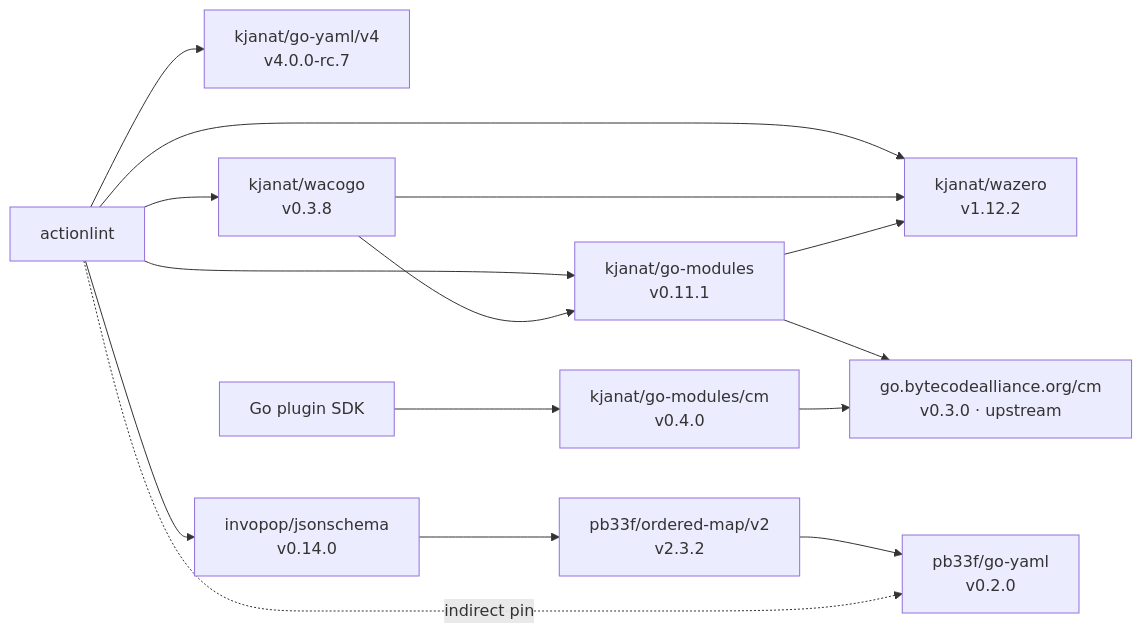
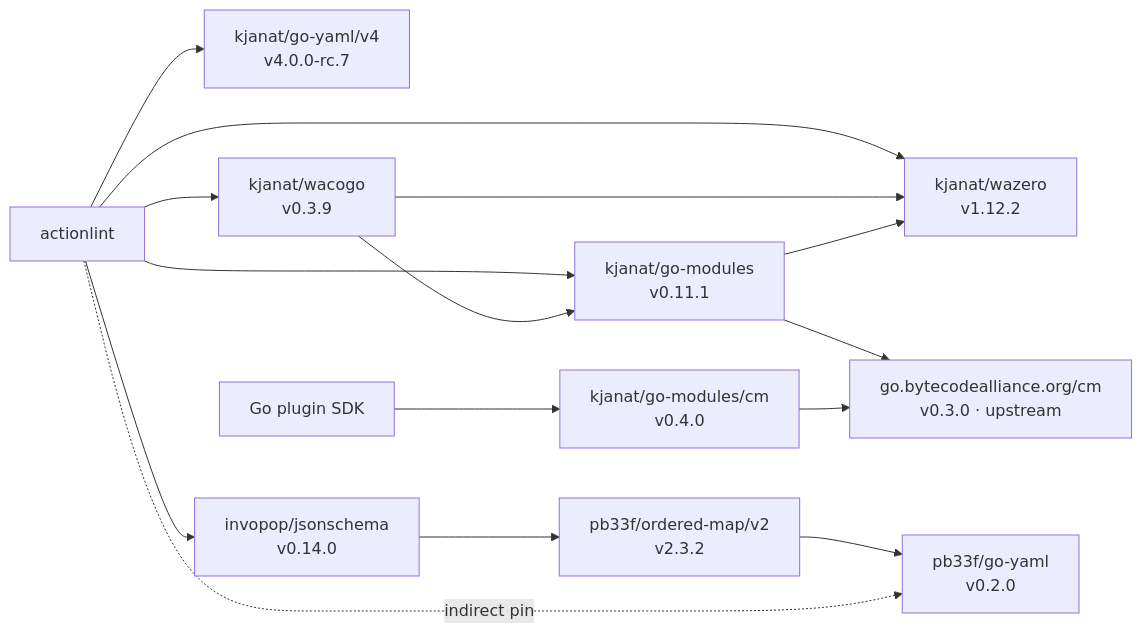
One commit to kjanat/actionlint changed the diagram in docs/go-forks.md. Above: the diagram before and after it, drawn with Mermaid. The commit also changed 139 other files, not shown here.

````diff
--- a/docs/go-forks.md
+++ b/docs/go-forks.md
@@ -5,26 +5,26 @@
 ```mermaid
 flowchart LR
     %% renovate: depName=github.com/kjanat/go-yaml/v4
     A[actionlint] --> Y["kjanat/go-yaml/v4<br/>v4.0.0-rc.7"]
     %% renovate: depName=github.com/kjanat/wacogo
-    A --> W["kjanat/wacogo<br/>v0.3.8"]
+    A --> W["kjanat/wacogo<br/>v0.3.9"]
     %% renovate: depName=github.com/kjanat/wazero
     A --> Z["kjanat/wazero<br/>v1.12.2"]
     %% renovate: depName=github.com/kjanat/go-modules
     A --> G["kjanat/go-modules<br/>v0.11.1"]
     W --> G
     W --> Z
     G --> Z
     %% renovate: depName=github.com/kjanat/go-modules/cm
     E[Go plugin SDK] --> CM["kjanat/go-modules/cm<br/>v0.4.0"]
     %% renovate: depName=go.bytecodealliance.org/cm
     G --> U["go.bytecodealliance.org/cm<br/>v0.3.0 · upstream"]
     CM --> U
     %% renovate: depName=github.com/invopop/jsonschema
     A --> J["invopop/jsonschema<br/>v0.14.0"]
     %% renovate: depName=github.com/pb33f/ordered-map/v2
     J --> O["pb33f/ordered-map/v2<br/>v2.3.2"]
     %% renovate: depName=github.com/pb33f/go-yaml
     O --> P["pb33f/go-yaml<br/>v0.2.0"]
     A -. indirect pin .-> P
 ```
````
